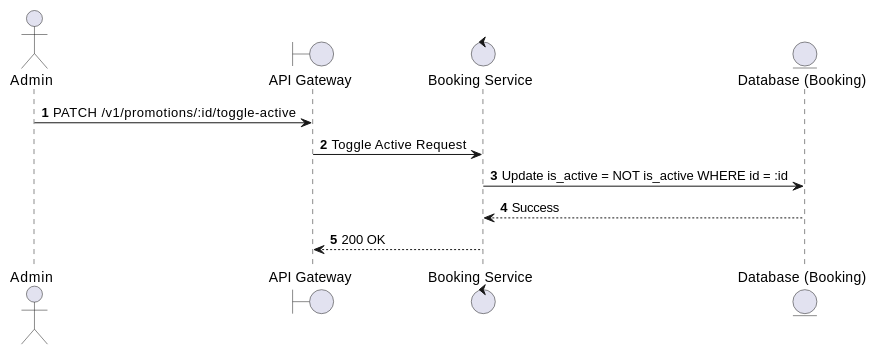
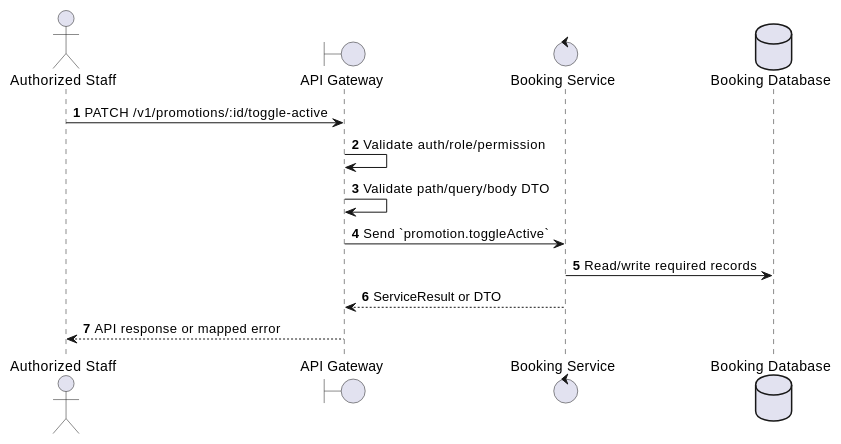
One commit to Tanh1603/movie-hub-architecture changed the first of 2 diagrams in docs/functional_specs/3.10_Promotions_Discounts_Module/PM-08_Toggle_Promotion_Active.md. Above: the diagram before and after it, drawn with PlantUML. The commit also changed other lines of this file and 126 other files, not shown here.

````diff
--- a/docs/functional_specs/3.10_Promotions_Discounts_Module/PM-08_Toggle_Promotion_Active.md
+++ b/docs/functional_specs/3.10_Promotions_Discounts_Module/PM-08_Toggle_Promotion_Active.md
@@ -17,15 +17,17 @@
 ```plantuml
 @startuml
 autonumber
-actor Admin
+actor "Authorized Staff" as Actor
 boundary "API Gateway" as GW
-control "Booking Service" as BS
-entity "Database (Booking)" as DB
+control "Booking Service" as SVC
+database "Booking Database" as DB
 
-Admin -> GW: PATCH /v1/promotions/:id/toggle-active
-GW -> BS: Toggle Active Request
-BS -> DB: Update is_active = NOT is_active WHERE id = :id
-DB --> BS: Success
-BS --> GW: 200 OK
+Actor -> GW: PATCH /v1/promotions/:id/toggle-active
+GW -> GW: Validate auth/role/permission
+GW -> GW: Validate path/query/body DTO
+GW -> SVC: Send `promotion.toggleActive`
+SVC -> DB: Read/write required records
+SVC --> GW: ServiceResult or DTO
+GW --> Actor: API response or mapped error
 @enduml
 ```
````
